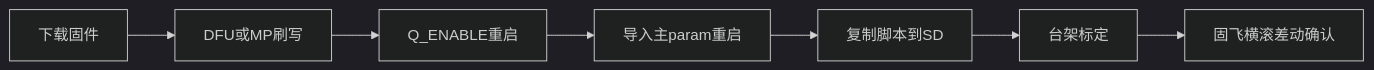
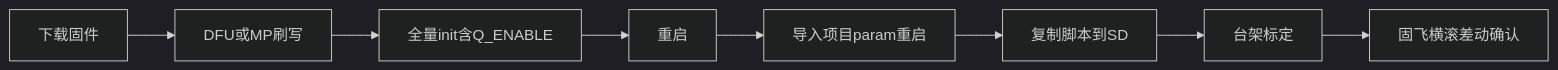
Before and after one commit to witon/TiltrotorAircraft: the diagram in docs/ardupilot-setup.md, drawn with Mermaid (dark theme). The commit also changed other lines of this file and 6 other files, not shown here.

````diff
--- a/docs/ardupilot-setup.md
+++ b/docs/ardupilot-setup.md
@@ -121,11 +133,12 @@
 ```mermaid
 flowchart LR
   download[下载固件]
   flash[DFU或MP刷写]
-  qenable[Q_ENABLE重启]
-  param[导入主param重启]
+  init[全量init含Q_ENABLE]
+  reboot1[重启]
+  param[导入项目param重启]
   lua[复制脚本到SD]
   calib[台架标定]
   stick[固飞横滚差动确认]
-  download --> flash --> qenable --> param --> lua --> calib --> stick
+  download --> flash --> init --> reboot1 --> param --> lua --> calib --> stick
 ```
````
